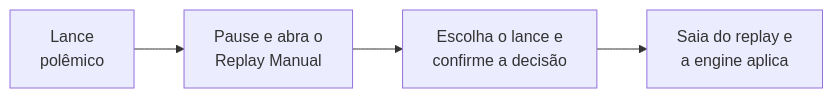
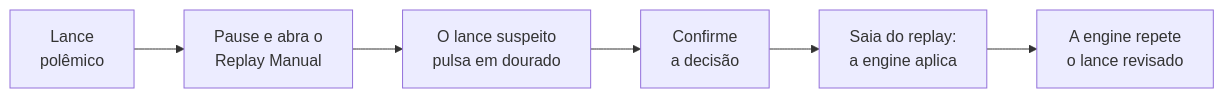
One commit to Joao-Spala/pes21-var-mod changed the first of 2 diagrams in README.pt-BR.md. Above: the diagram before and after it, drawn with Mermaid. The commit also changed other lines of this file and 22 other files, not shown here.

````diff
--- a/README.pt-BR.md
+++ b/README.pt-BR.md
@@ -38,6 +44,8 @@
 ```mermaid
 flowchart LR
     A["Lance<br/>polêmico"] --> B["Pause e abra o<br/>Replay Manual"]
-    B --> C["Escolha o lance e<br/>confirme a decisão"]
-    C --> D["Saia do replay e<br/>a engine aplica"]
+    B --> C["O lance suspeito<br/>pulsa em dourado"]
+    C --> D["Confirme<br/>a decisão"]
+    D --> E["Saia do replay:<br/>a engine aplica"]
+    E --> F["A engine repete<br/>o lance revisado"]
 ```
````
